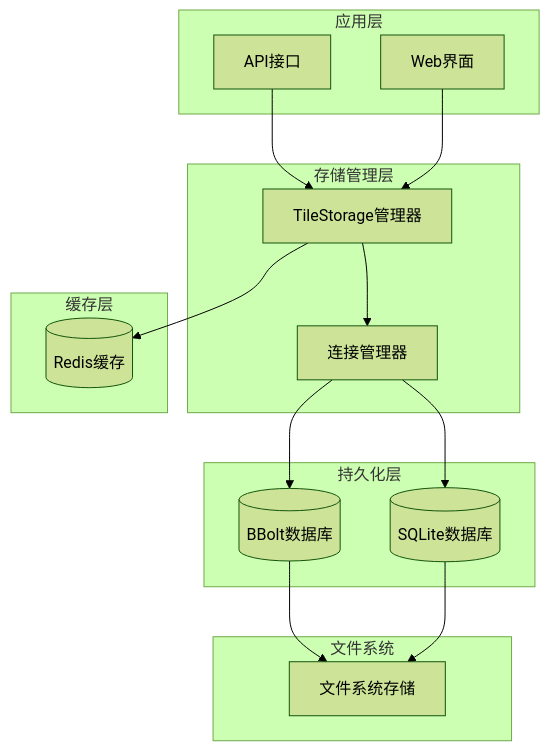
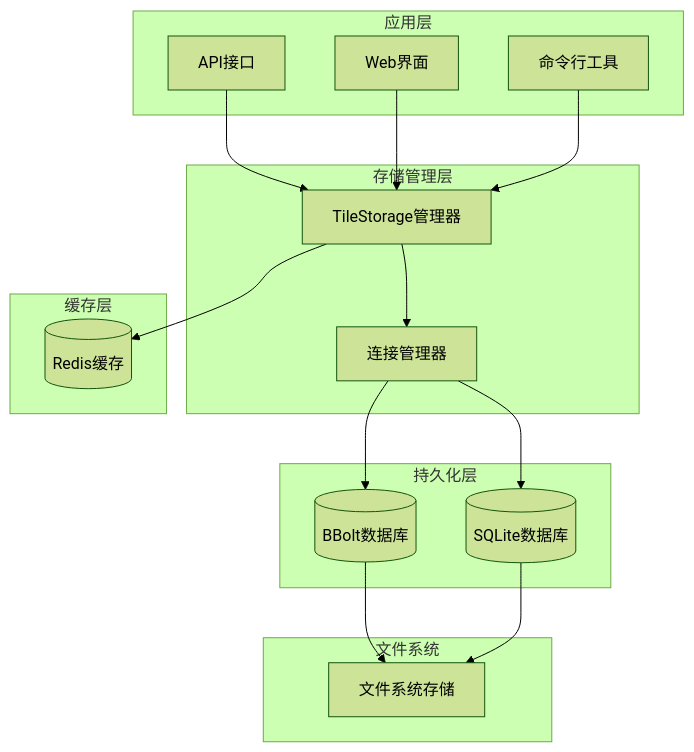
Before and after one commit to vistone/crawler-platform: the first of 13 diagrams in .qoder/repowiki/zh/content/核心功能/存储架构.md, drawn with Mermaid (forest theme). The commit also changed other lines of this file and 40 other files, not shown here.

````diff
--- a/.qoder/repowiki/zh/content/核心功能/存储架构.md
+++ b/.qoder/repowiki/zh/content/核心功能/存储架构.md
@@ -46,29 +52,31 @@
 ```mermaid
 graph TB
 subgraph "应用层"
 API[API接口]
 WebUI[Web界面]
+CLI[命令行工具]
 end
 subgraph "存储管理层"
 TS[TileStorage管理器]
 CM[连接管理器]
 end
 subgraph "缓存层"
 Redis[(Redis缓存)]
 end
 subgraph "持久化层"
 BBolt[(BBolt数据库)]
 SQLite[(SQLite数据库)]
 end
 subgraph "文件系统"
 FS[文件系统存储]
 end
 API --> TS
 WebUI --> TS
+CLI --> TS
 TS --> Redis
 TS --> CM
 CM --> BBolt
 CM --> SQLite
 BBolt --> FS
 SQLite --> FS
 ```
````
